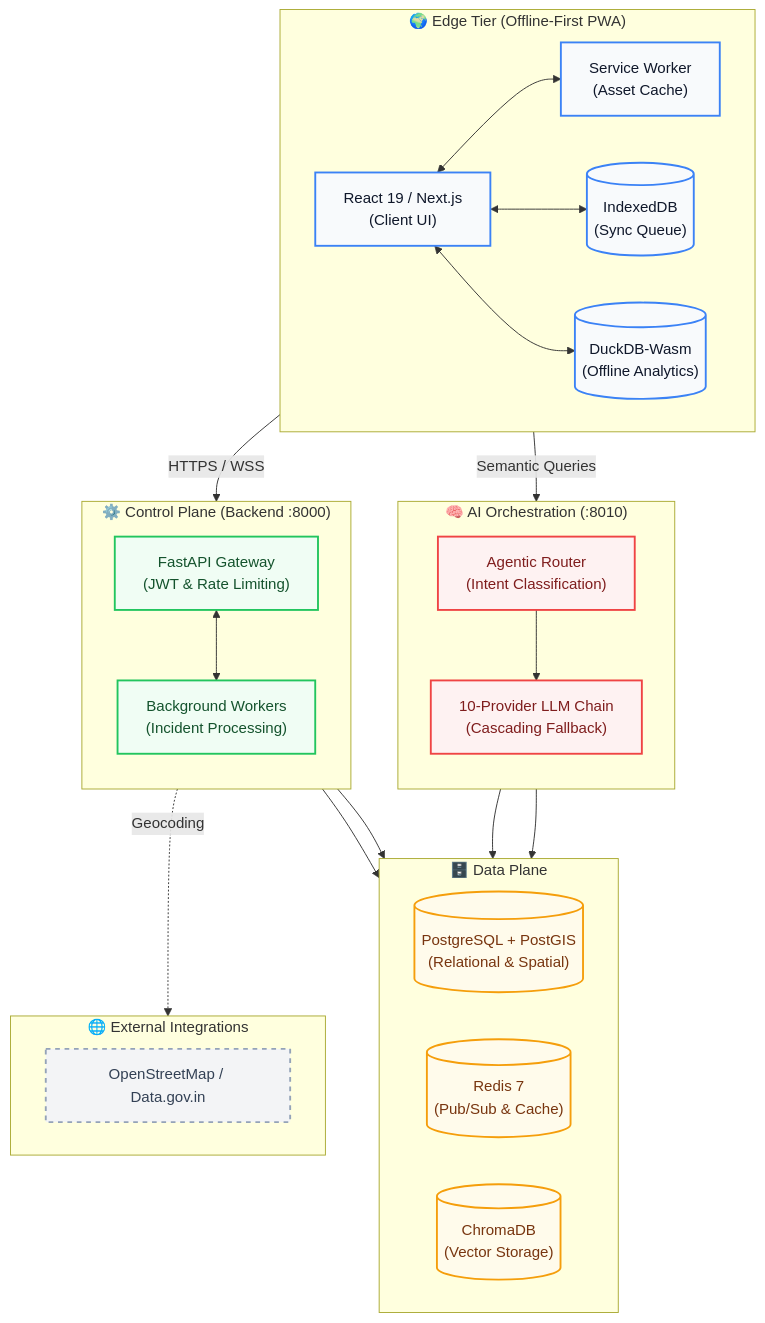
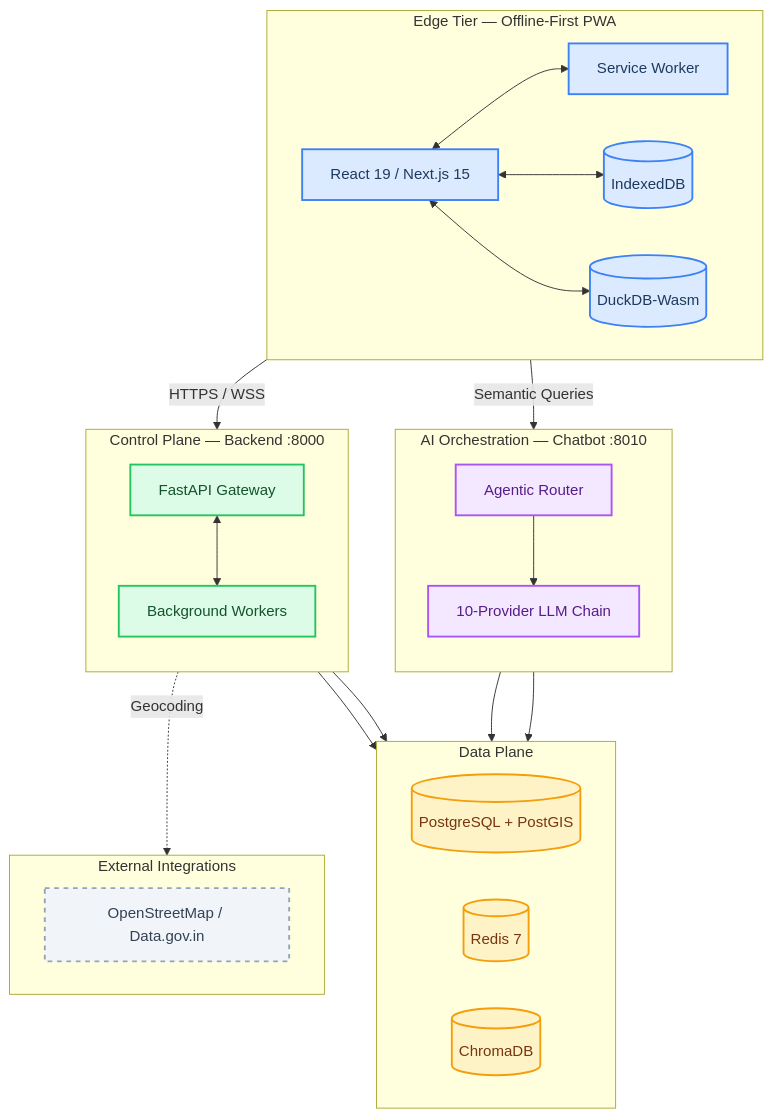
The first of 2 diagrams in README.md (SafeVixAI/SafeVixAI), drawn with Mermaid before and after one commit. The commit also changed other lines of this file and 85 other files, not shown here.

Commit message:
docs: Fix Mermaid diagrams, resolve relative link warnings, and ensure clean mkdocs build

````diff
--- a/README.md
+++ b/README.md
@@ -126,57 +176,55 @@
 ```mermaid
 flowchart TB
-    %% Enterprise Themes
-    classDef edge fill:#f8fafc,stroke:#3b82f6,stroke-width:2px,color:#0f172a
-    classDef control fill:#f0fdf4,stroke:#22c55e,stroke-width:2px,color:#14532d
-    classDef ai fill:#fef2f2,stroke:#ef4444,stroke-width:2px,color:#7f1d1d
-    classDef data fill:#fffbeb,stroke:#f59e0b,stroke-width:2px,color:#78350f
-    classDef external fill:#f3f4f6,stroke:#94a3b8,stroke-width:2px,stroke-dasharray: 5 5,color:#334155
+    classDef edge fill:#dbeafe,stroke:#3b82f6,stroke-width:2px,color:#1e3a5f
+    classDef control fill:#dcfce7,stroke:#22c55e,stroke-width:2px,color:#14532d
+    classDef ai fill:#f3e8ff,stroke:#a855f7,stroke-width:2px,color:#581c87
+    classDef data fill:#fef3c7,stroke:#f59e0b,stroke-width:2px,color:#78350f
+    classDef external fill:#f1f5f9,stroke:#94a3b8,stroke-width:2px,stroke-dasharray:5 5,color:#334155
 
-    subgraph EdgeTier ["🌍 Edge Tier (Offline-First PWA)"]
+    subgraph EdgeTier ["Edge Tier — Offline-First PWA"]
         direction LR
-        UI["React 19 / Next.js<br/>(Client UI)"]:::edge
-        SW["Service Worker<br/>(Asset Cache)"]:::edge
-        IDB[("IndexedDB<br/>(Sync Queue)")]:::edge
-        DW[("DuckDB-Wasm<br/>(Offline Analytics)")]:::edge
+        UI["React 19 / Next.js 15"]:::edge
+        SW["Service Worker"]:::edge
+        IDB[("IndexedDB")]:::edge
+        DW[("DuckDB-Wasm")]:::edge
         UI <--> SW
         UI <--> IDB
         UI <--> DW
     end
 
-    subgraph ControlPlane ["⚙️ Control Plane (Backend :8000)"]
+    subgraph ControlPlane ["Control Plane — Backend :8000"]
         direction TB
-        API["FastAPI Gateway<br/>(JWT & Rate Limiting)"]:::control
-        Workers["Background Workers<br/>(Incident Processing)"]:::control
+        API["FastAPI Gateway"]:::control
+        Workers["Background Workers"]:::control
         API <--> Workers
     end
 
-    subgraph AIOrchestration ["🧠 AI Orchestration (:8010)"]
+    subgraph AIOrchestration ["AI Orchestration — Chatbot :8010"]
         direction TB
-        Router["Agentic Router<br/>(Intent Classification)"]:::ai
-        LLM["10-Provider LLM Chain<br/>(Cascading Fallback)"]:::ai
+        Router["Agentic Router"]:::ai
+        LLM["10-Provider LLM Chain"]:::ai
         Router --> LLM
     end
 
-    subgraph DataPlane ["🗄️ Data Plane"]
+    subgraph DataPlane ["Data Plane"]
         direction LR
-        PG[("PostgreSQL + PostGIS<br/>(Relational & Spatial)")]:::data
-        RD[("Redis 7<br/>(Pub/Sub & Cache)")]:::data
-        CR[("ChromaDB<br/>(Vector Storage)")]:::data
+        PG[("PostgreSQL + PostGIS")]:::data
+        RD[("Redis 7")]:::data
+        CR[("ChromaDB")]:::data
     end
     
-    subgraph ThirdParty ["🌐 External Integrations"]
+    subgraph ThirdParty ["External Integrations"]
         direction LR
         Maps["OpenStreetMap / Data.gov.in"]:::external
     end
 
-    %% Network Flow
     EdgeTier -- "HTTPS / WSS" --> ControlPlane
     EdgeTier -- "Semantic Queries" --> AIOrchestration
     
     ControlPlane --> PG
     ControlPlane --> RD
     ControlPlane -. "Geocoding" .-> Maps
     
     AIOrchestration --> CR
     AIOrchestration --> RD
 ```
````
